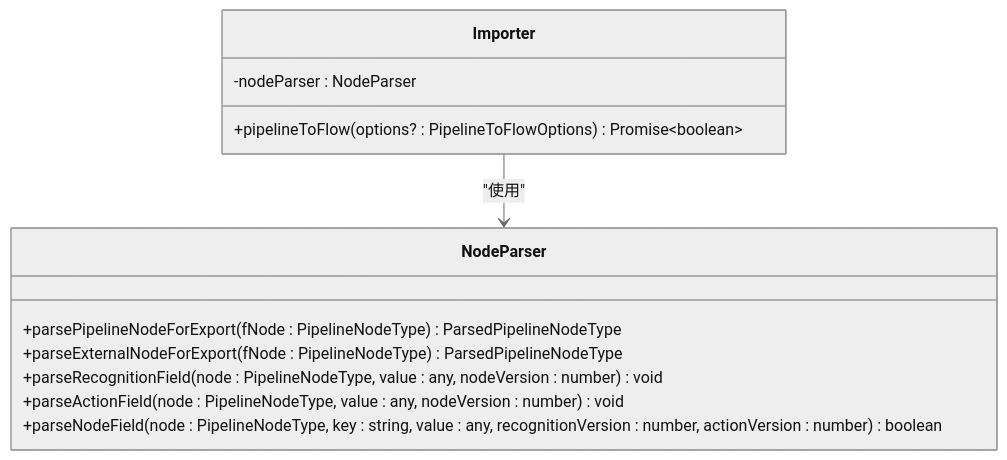
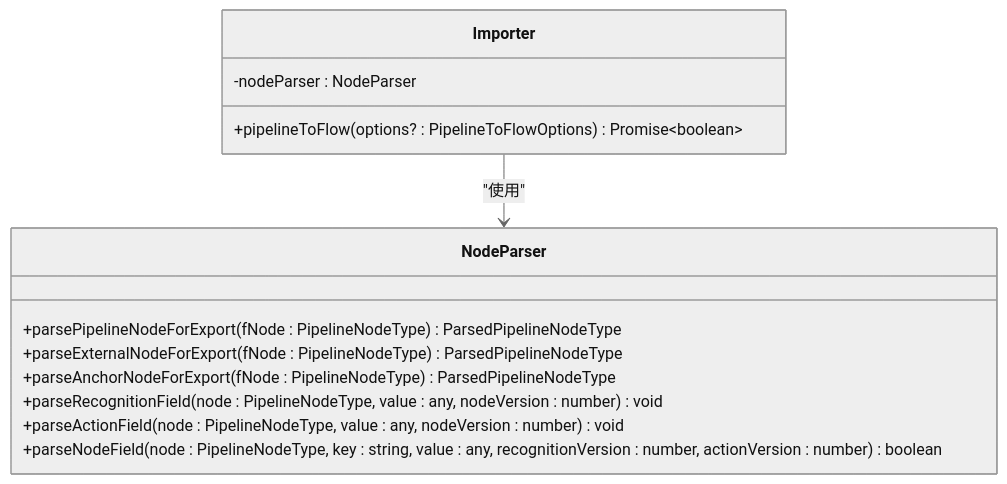
The third of 8 diagrams in .qoder/repowiki/zh/content/特性/解析器/解析器.md (kqcoxn/MaaPipelineEditor), drawn with Mermaid (neutral theme) before and after one commit. The commit also changed other lines of this file and 23 other files, not shown here.

````diff
--- a/.qoder/repowiki/zh/content/特性/解析器/解析器.md
+++ b/.qoder/repowiki/zh/content/特性/解析器/解析器.md
@@ -98,15 +112,16 @@
 ```mermaid
 classDiagram
 class NodeParser {
 +parsePipelineNodeForExport(fNode : PipelineNodeType) ParsedPipelineNodeType
 +parseExternalNodeForExport(fNode : PipelineNodeType) ParsedPipelineNodeType
++parseAnchorNodeForExport(fNode : PipelineNodeType) ParsedPipelineNodeType
 +parseRecognitionField(node : PipelineNodeType, value : any, nodeVersion : number) void
 +parseActionField(node : PipelineNodeType, value : any, nodeVersion : number) void
 +parseNodeField(node : PipelineNodeType, key : string, value : any, recognitionVersion : number, actionVersion : number) boolean
 }
 class Importer {
 -nodeParser : NodeParser
 +pipelineToFlow(options? : PipelineToFlowOptions) Promise~boolean~
 }
 Importer --> NodeParser : "使用"
 ```
````
